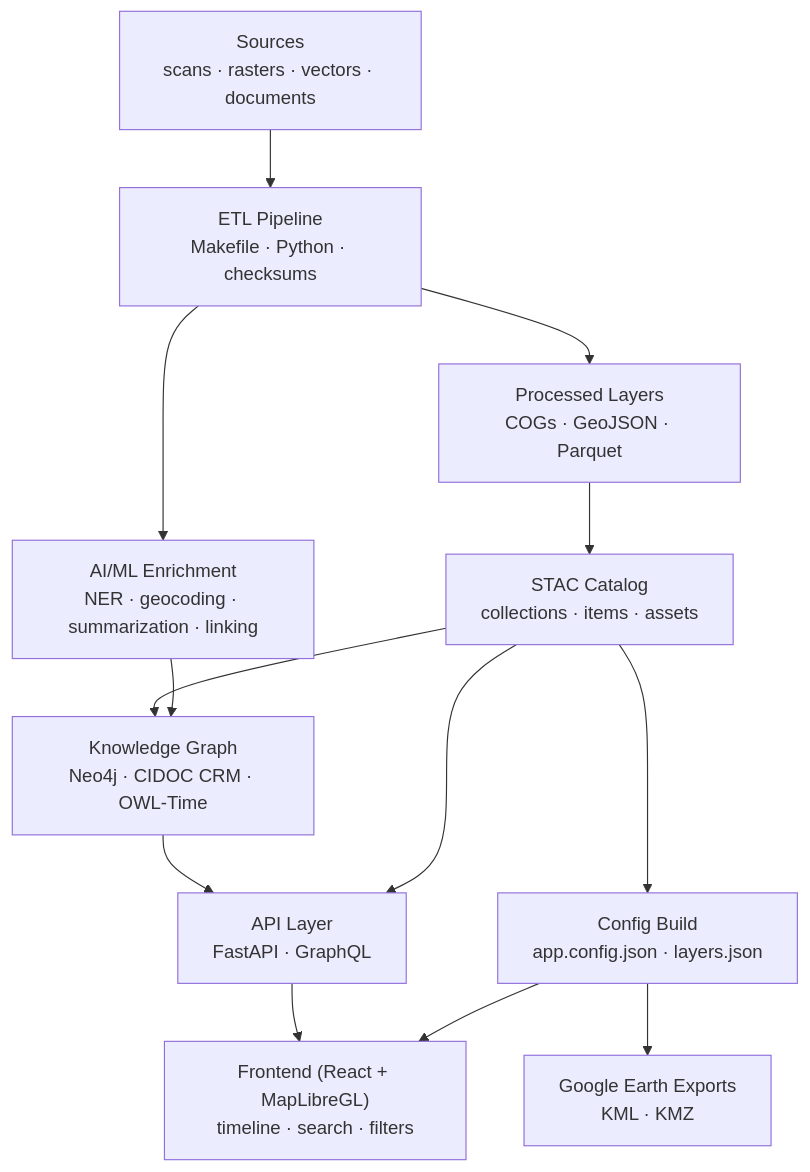
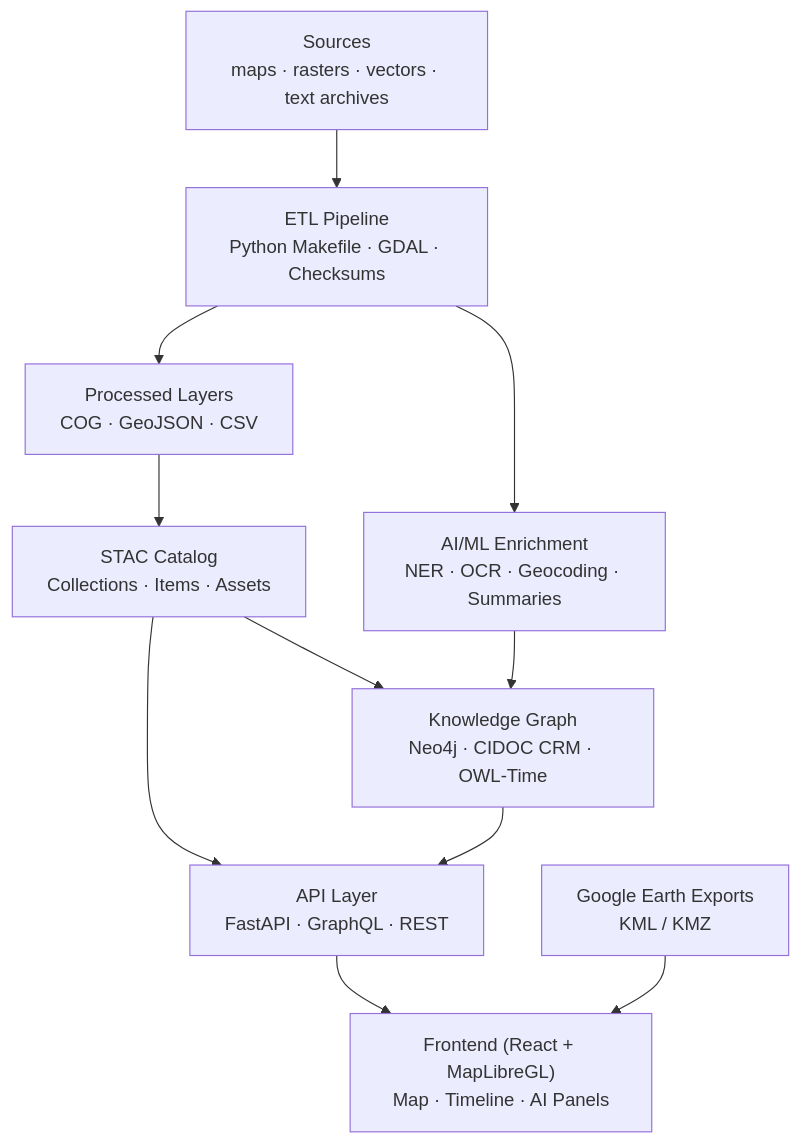
Before and after one commit to bartytime4life/Kansas-Frontier-Matrix: the diagram in ARCHITECTURE.md, drawn with Mermaid. The commit also changed other lines of this file, not shown here.

First line of the commit message:
Upgrade ARCHITECTURE.md to v1.5.0

````diff
--- a/ARCHITECTURE.md
+++ b/ARCHITECTURE.md
@@ -68,16 +67,15 @@
 ```mermaid
 flowchart TD
-  A["Sources<br/>scans · rasters · vectors · documents"] --> B["ETL Pipeline<br/>Makefile · Python · checksums"]
-  B --> C["Processed Layers<br/>COGs · GeoJSON · Parquet"]
-  B --> I["AI/ML Enrichment<br/>NER · geocoding · summarization · linking"]
-  C --> D["STAC Catalog<br/>collections · items · assets"]
-  D --> E["Config Build<br/>app.config.json · layers.json"]
+  A["Sources<br/>maps · rasters · vectors · text archives"]
+    --> B["ETL Pipeline<br/>Python Makefile · GDAL · Checksums"]
+  B --> C["Processed Layers<br/>COG · GeoJSON · CSV"]
+  B --> I["AI/ML Enrichment<br/>NER · OCR · Geocoding · Summaries"]
+  C --> D["STAC Catalog<br/>Collections · Items · Assets"]
   D --> H["Knowledge Graph<br/>Neo4j · CIDOC CRM · OWL-Time"]
   I --> H
-  H --> J["API Layer<br/>FastAPI · GraphQL"]
-  D --> J
-  J --> F["Frontend (React + MapLibreGL)<br/>timeline · search · filters"]
-  E --> F
-  E --> G["Google Earth Exports<br/>KML · KMZ"]
+  D --> J["API Layer<br/>FastAPI · GraphQL · REST"]
+  H --> J
+  J --> F["Frontend (React + MapLibreGL)<br/>Map · Timeline · AI Panels"]
+  E["Google Earth Exports<br/>KML / KMZ"] --> F
 %% END OF MERMAID
 ```
````
